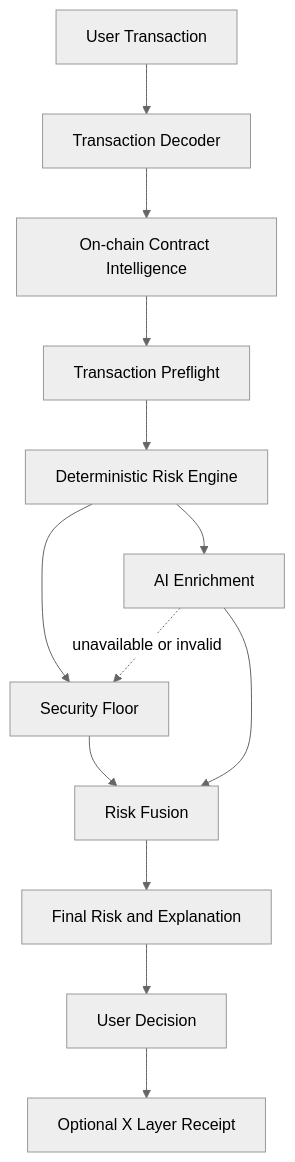
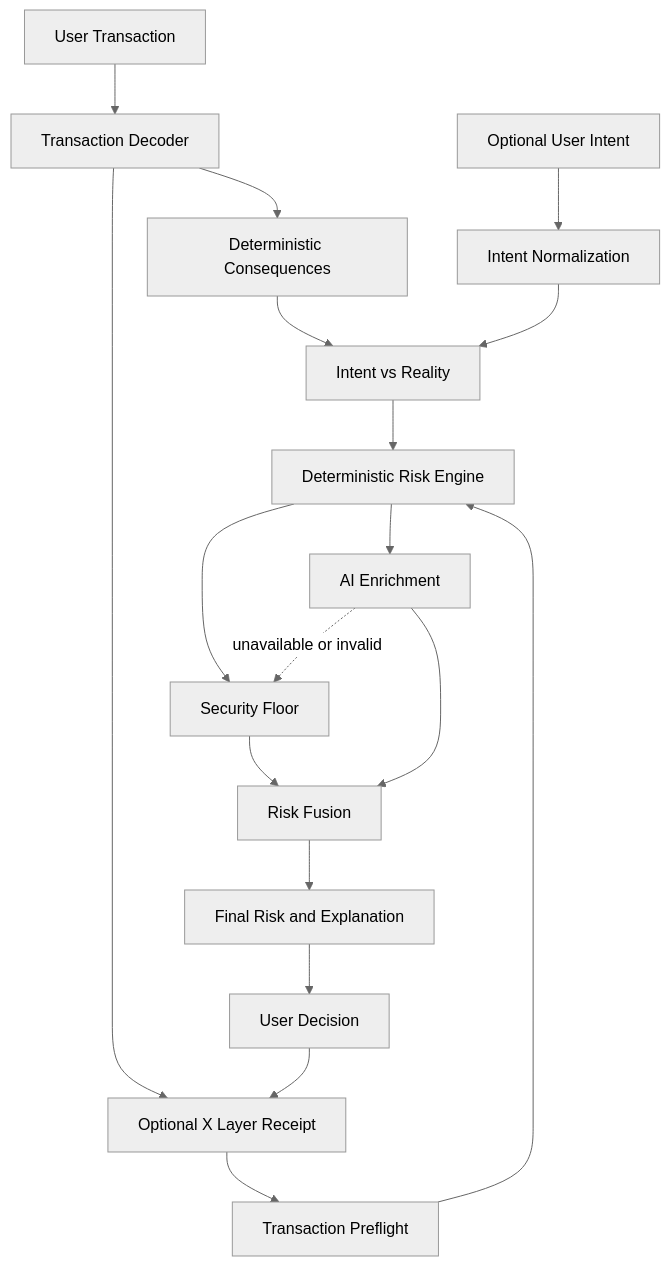
The diagram in README.md (leafwithered/xguard-ai), drawn with Mermaid (neutral theme) before and after one commit. The commit also changed other lines of this file and 13 other files, not shown here.

````diff
--- a/README.md
+++ b/README.md
@@ -82,15 +89,20 @@
 ```mermaid
 flowchart TD
     U[User Transaction] --> D[Transaction Decoder]
-    D --> C[On-chain Contract Intelligence]
-    C --> P[Transaction Preflight]
+    D --> C[Deterministic Consequences]
+    I[Optional User Intent] --> N[Intent Normalization]
+    C --> M[Intent vs Reality]
+    N --> M
+    D --> O[On-chain Contract Intelligence]
+    O --> P[Transaction Preflight]
     P --> L[Deterministic Risk Engine]
+    M --> L
     L --> S[Security Floor]
     L --> A[AI Enrichment]
     S --> F[Risk Fusion]
     A --> F
     A -. unavailable or invalid .-> S
     F --> R[Final Risk and Explanation]
     R --> Q[User Decision]
     Q --> O[Optional X Layer Receipt]
 ```
````
